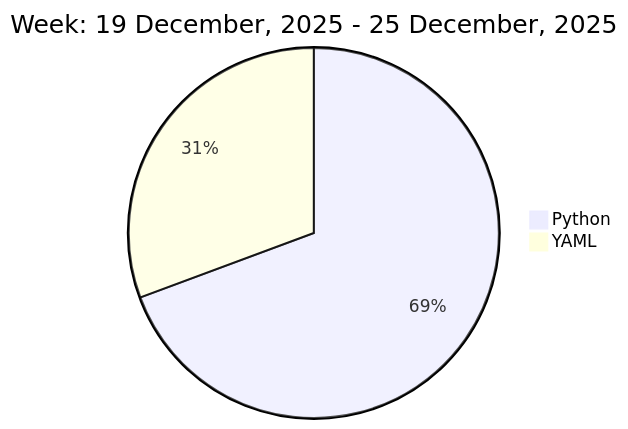
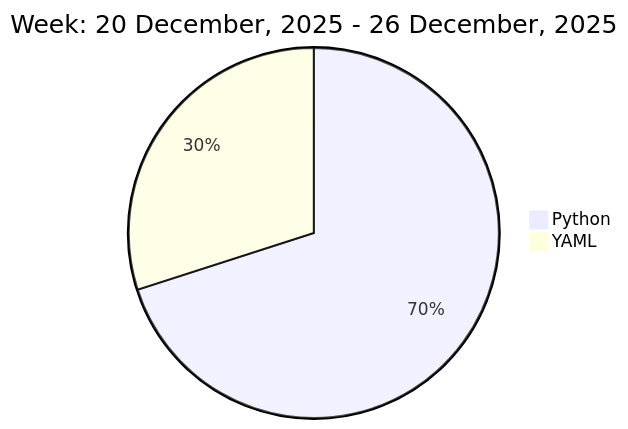
The diagram in README.md (liubin95/liubin95), drawn with Mermaid before and after one commit.

Commit message:
Updated the Graph with new Metrics

````diff
--- a/README.md
+++ b/README.md
@@ -37,6 +37,6 @@
 ```mermaid
  pie
-title Week: 19 December, 2025 - 25 December, 2025
- "Python" : 10.45
- "YAML" : 4.62
+title Week: 20 December, 2025 - 26 December, 2025
+ "Python" : 9.12
+ "YAML" : 3.9
 ```
````
